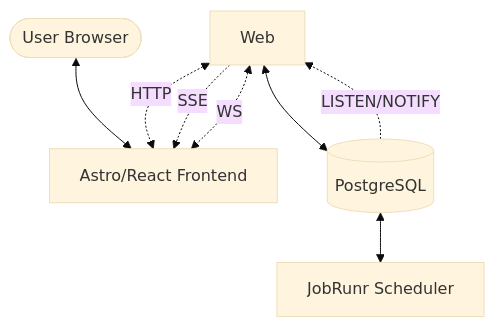
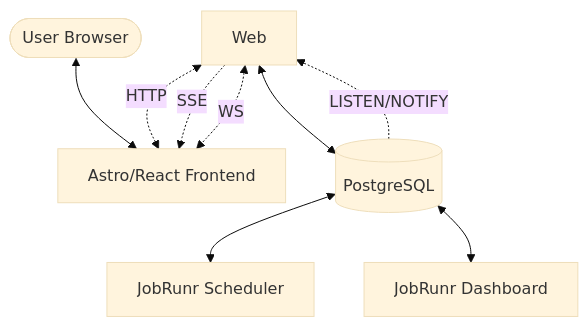
The diagram in README.md (mangila/fibonacci), drawn with Mermaid (base theme) before and after one commit.

Commit message:
Update architecture diagram in README
Added a connection from PostgreSQL to JobRunr Dashboard in the architecture diagram.

````diff
--- a/README.md
+++ b/README.md
@@ -34,10 +34,11 @@
 ```mermaid
 graph TD
     User([User Browser]) <--> Client[Astro/React Frontend]
     Web <-.->|HTTP| Client
     Web -.->|SSE| Client
     Web <-.->|WS| Client
     Web <--> DB[(PostgreSQL)]
     DB[(PostgreSQL)] <--> Scheduler[JobRunr Scheduler]
+    DB[(PostgreSQL)] <--> Dashboard[JobRunr Dashboard]
     DB -.->|LISTEN/NOTIFY| Web
 ```
````
